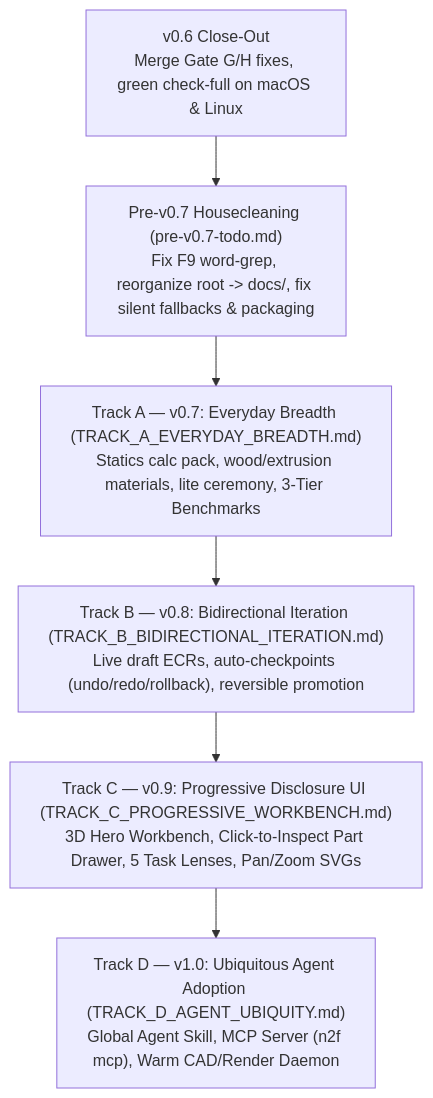
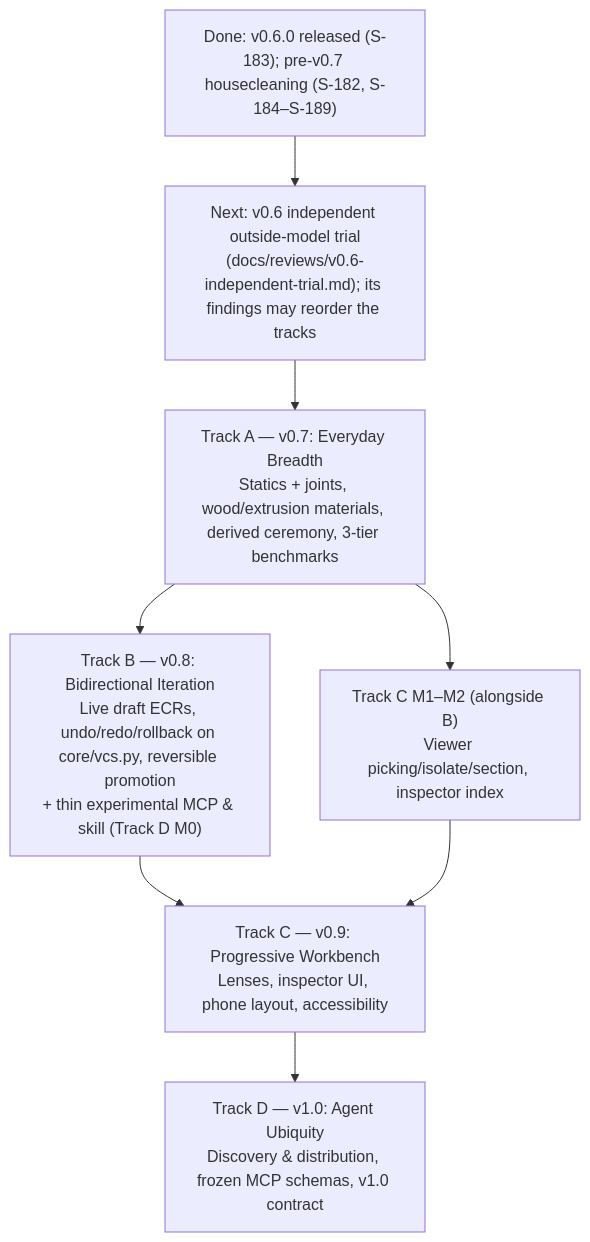
One commit to osaxma/napkin2factory changed the diagram in docs/roadmap/road-to-v1.0.md. Above: the diagram before and after it, drawn with Mermaid. The commit also changed other lines of this file and 6 other files, not shown here.

First line of the commit message:
Roadmap review applied: reproducible benchmarks, one change store, discovery, region, v1.0 contract (S-191)

````diff
--- a/docs/roadmap/road-to-v1.0.md
+++ b/docs/roadmap/road-to-v1.0.md
@@ -37,11 +51,13 @@
 ```mermaid
 flowchart TB
-    V06["v0.6 Close-Out\nMerge Gate G/H fixes, green check-full on macOS & Linux"]
-    Pre["Pre-v0.7 Housecleaning (pre-v0.7-todo.md)\nFix F9 word-grep, reorganize root -> docs/, fix silent fallbacks & packaging"]
-    TA["Track A — v0.7: Everyday Breadth (TRACK_A_EVERYDAY_BREADTH.md)\nStatics calc pack, wood/extrusion materials, lite ceremony, 3-Tier Benchmarks"]
-    TB["Track B — v0.8: Bidirectional Iteration (TRACK_B_BIDIRECTIONAL_ITERATION.md)\nLive draft ECRs, auto-checkpoints (undo/redo/rollback), reversible promotion"]
-    TC["Track C — v0.9: Progressive Disclosure UI (TRACK_C_PROGRESSIVE_WORKBENCH.md)\n3D Hero Workbench, Click-to-Inspect Part Drawer, 5 Task Lenses, Pan/Zoom SVGs"]
-    TD["Track D — v1.0: Ubiquitous Agent Adoption (TRACK_D_AGENT_UBIQUITY.md)\nGlobal Agent Skill, MCP Server (n2f mcp), Warm CAD/Render Daemon"]
+    Done["Done: v0.6.0 released (S-183); pre-v0.7 housecleaning (S-182, S-184–S-189)"]
+    Trial["Next: v0.6 independent outside-model trial\n(docs/reviews/v0.6-independent-trial.md); its findings may reorder the tracks"]
+    TA["Track A — v0.7: Everyday Breadth\nStatics + joints, wood/extrusion materials, derived ceremony, 3-tier benchmarks"]
+    TB["Track B — v0.8: Bidirectional Iteration\nLive draft ECRs, undo/redo/rollback on core/vcs.py, reversible promotion\n+ thin experimental MCP & skill (Track D M0)"]
+    TC1["Track C M1–M2 (alongside B)\nViewer picking/isolate/section, inspector index"]
+    TC["Track C — v0.9: Progressive Workbench\nLenses, inspector UI, phone layout, accessibility"]
+    TD["Track D — v1.0: Agent Ubiquity\nDiscovery & distribution, frozen MCP schemas, v1.0 contract"]
 
-    V06 --> Pre --> TA --> TB --> TC --> TD
+    Done --> Trial --> TA --> TB --> TC --> TD
+    TA --> TC1 --> TC
 ```
````
